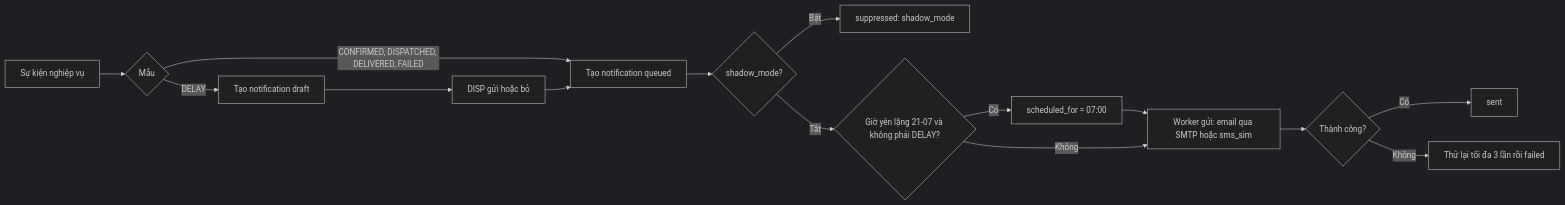
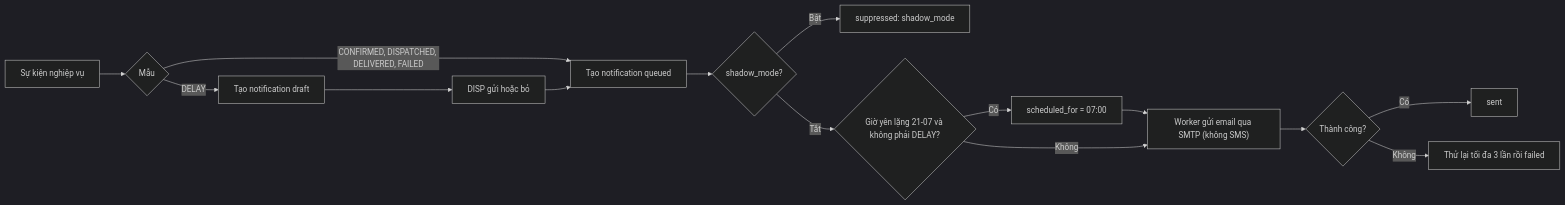
Before and after one commit to qaztyhn/cfo-itconsultant: the tenth of 14 diagrams in docs/07_User_Flows.md, drawn with Mermaid (dark theme). The commit also changed other lines of this file and 9 other files, not shown here.

````diff
--- a/docs/07_User_Flows.md
+++ b/docs/07_User_Flows.md
@@ -299,14 +300,14 @@
 ```mermaid
 flowchart LR
   A["Sự kiện nghiệp vụ"] --> B{"Mẫu"}
   B -- "CONFIRMED, DISPATCHED, DELIVERED, FAILED" --> C["Tạo notification queued"]
   B -- "DELAY" --> D["Tạo notification draft"] --> E["DISP gửi hoặc bỏ"] --> C
   C --> F{"shadow_mode?"}
   F -- "Bật" --> S["suppressed: shadow_mode"]
   F -- "Tắt" --> G{"Giờ yên lặng 21-07 và không phải DELAY?"}
   G -- "Có" --> H["scheduled_for = 07:00"] --> I
-  G -- "Không" --> I["Worker gửi: email qua SMTP hoặc sms_sim"]
+  G -- "Không" --> I["Worker gửi email qua SMTP (không SMS)"]
   I --> J{"Thành công?"}
   J -- "Có" --> K["sent"]
   J -- "Không" --> L["Thử lại tối đa 3 lần rồi failed"]
 ```
````
